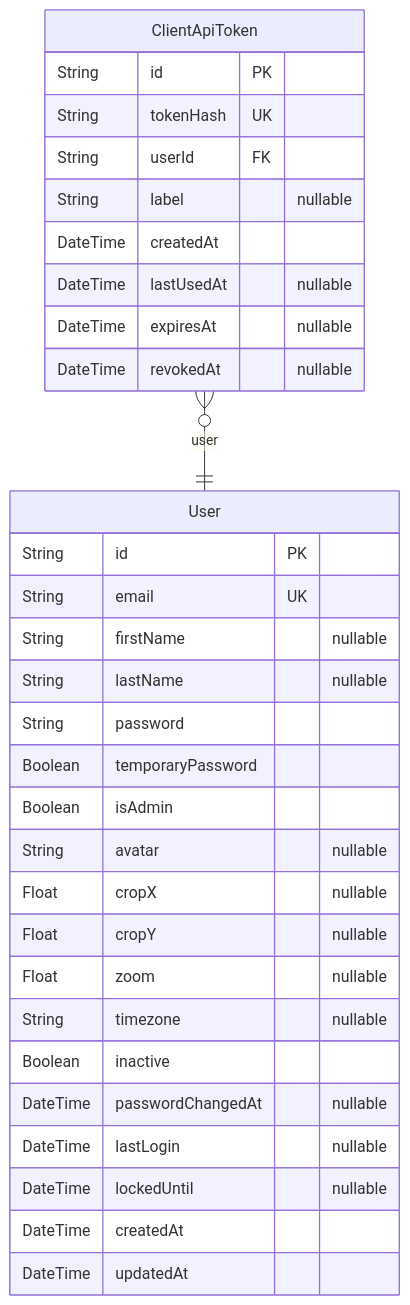
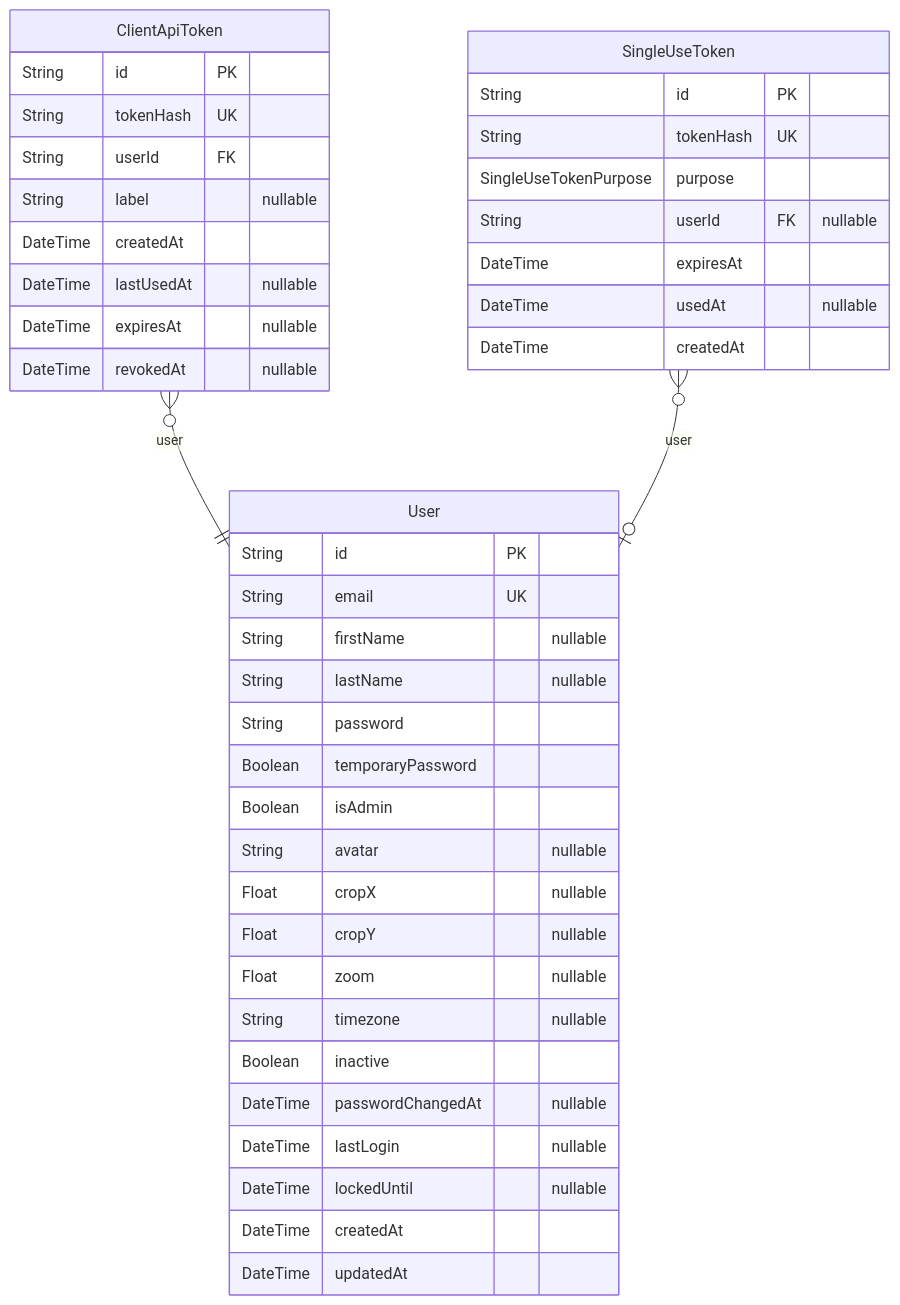
The first of 5 diagrams in docs-site/docs/reference/database-schema.md (PennStateCS/AFCT), drawn with Mermaid before and after one commit. The commit also changed other lines of this file and 6 other files, not shown here.

````diff
--- a/docs-site/docs/reference/database-schema.md
+++ b/docs-site/docs/reference/database-schema.md
@@ -13,34 +13,44 @@
 ```mermaid
 erDiagram
 "User" {
   String id PK
   String email UK
   String firstName "nullable"
   String lastName "nullable"
   String password
   Boolean temporaryPassword
   Boolean isAdmin
   String avatar "nullable"
   Float cropX "nullable"
   Float cropY "nullable"
   Float zoom "nullable"
   String timezone "nullable"
   Boolean inactive
   DateTime passwordChangedAt "nullable"
   DateTime lastLogin "nullable"
   DateTime lockedUntil "nullable"
   DateTime createdAt
   DateTime updatedAt
 }
 "ClientApiToken" {
   String id PK
   String tokenHash UK
   String userId FK
   String label "nullable"
   DateTime createdAt
   DateTime lastUsedAt "nullable"
   DateTime expiresAt "nullable"
   DateTime revokedAt "nullable"
 }
+"SingleUseToken" {
+  String id PK
+  String tokenHash UK
+  SingleUseTokenPurpose purpose
+  String userId FK "nullable"
+  DateTime expiresAt
+  DateTime usedAt "nullable"
+  DateTime createdAt
+}
 "ClientApiToken" }o--|| "User" : user
+"SingleUseToken" }o--o| "User" : user
 ```
````
